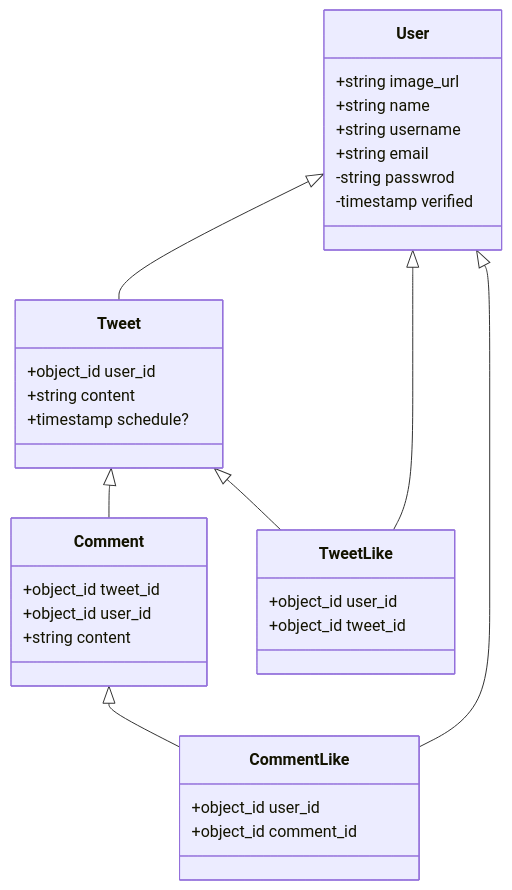
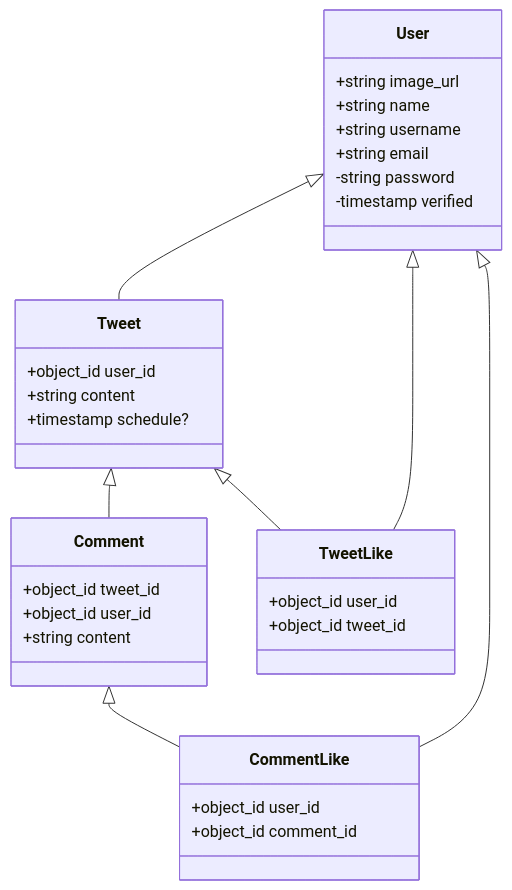
Before and after one commit to aerox0/rust-tweeter: the diagram in apps/api/README.md, drawn with Mermaid. The commit also changed other lines of this file, not shown here.

````diff
--- a/apps/api/README.md
+++ b/apps/api/README.md
@@ -3,40 +3,40 @@
 ```mermaid
 classDiagram
 User <|-- Tweet
 Tweet <|-- Comment
 
 Tweet <|-- TweetLike
 User <|-- TweetLike
 
 Comment <|-- CommentLike
 User <|-- CommentLike
 
 class User {
  +string image_url
  +string name
  +string username
  +string email
- -string passwrod
+ -string password
  -timestamp verified
 }
 
 class Tweet {
  +object_id user_id
  +string content
  +timestamp schedule?
 }
 class TweetLike {
  +object_id user_id
  +object_id tweet_id
 }
 
 class Comment {
  +object_id tweet_id
  +object_id user_id
  +string content
 }
 class CommentLike {
  +object_id user_id
  +object_id comment_id
 }
 ```
````
